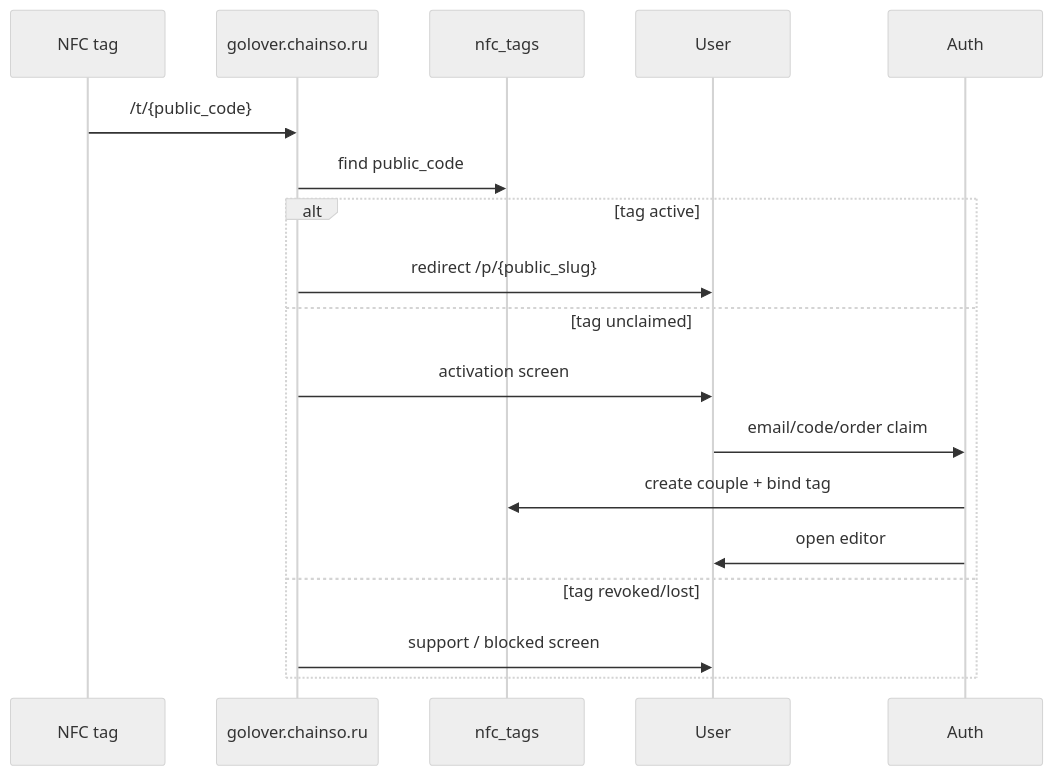
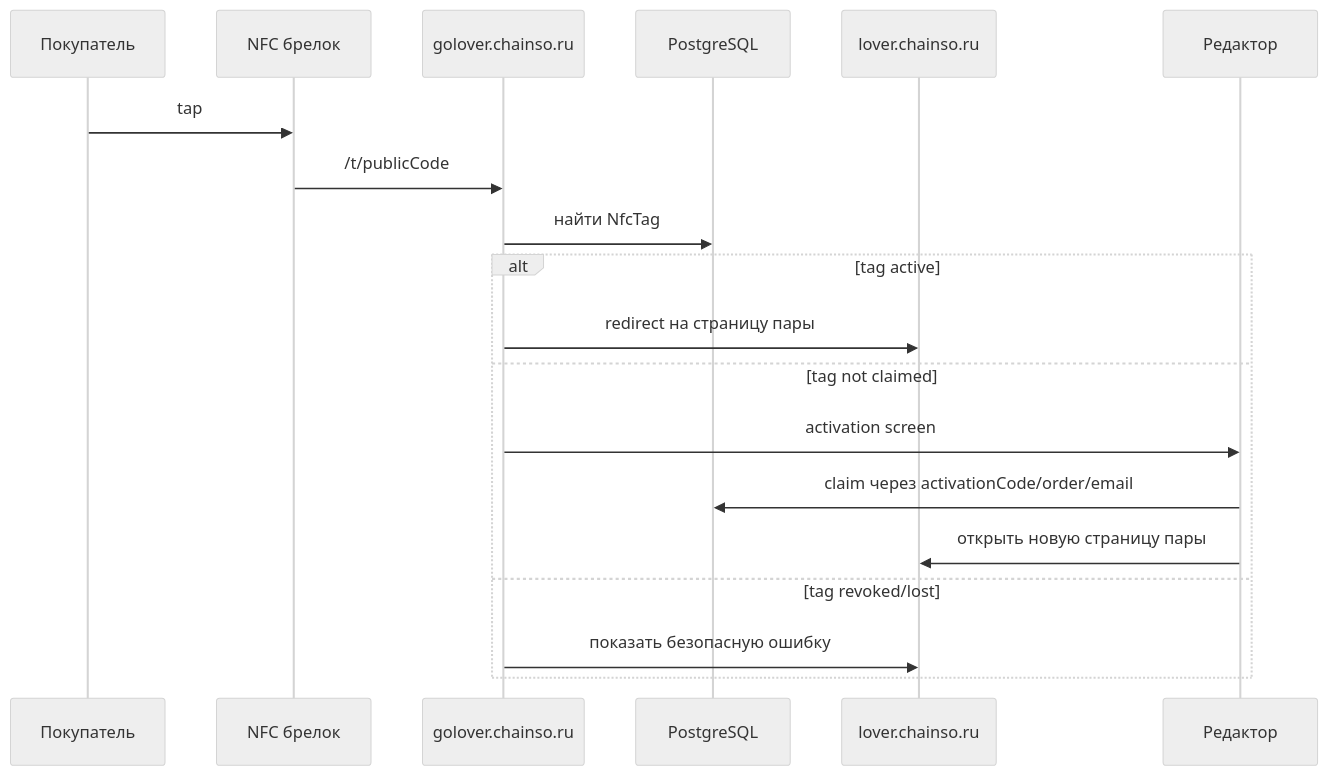
The fourth of 5 diagrams in docs/PROJECT_INFRASTRUCTURE.md (hertz143g/chainso), drawn with Mermaid (neutral theme) before and after one commit. The commit also changed other lines of this file, not shown here.

````diff
--- a/docs/PROJECT_INFRASTRUCTURE.md
+++ b/docs/PROJECT_INFRASTRUCTURE.md
@@ -453,21 +538,22 @@
 ```mermaid
 sequenceDiagram
-  participant Tag as NFC tag
+  participant Buyer as Покупатель
+  participant NFC as NFC брелок
   participant Resolver as golover.chainso.ru
-  participant DB as nfc_tags
-  participant User as User
-  participant Auth as Auth
+  participant DB as PostgreSQL
+  participant Page as lover.chainso.ru
+  participant App as Редактор
 
-  Tag->>Resolver: /t/{public_code}
-  Resolver->>DB: find public_code
+  Buyer->>NFC: tap
+  NFC->>Resolver: /t/publicCode
+  Resolver->>DB: найти NfcTag
   alt tag active
-    Resolver->>User: redirect /p/{public_slug}
-  else tag unclaimed
-    Resolver->>User: activation screen
-    User->>Auth: email/code/order claim
-    Auth->>DB: create couple + bind tag
-    Auth->>User: open editor
+    Resolver->>Page: redirect на страницу пары
+  else tag not claimed
+    Resolver->>App: activation screen
+    App->>DB: claim через activationCode/order/email
+    App->>Page: открыть новую страницу пары
   else tag revoked/lost
-    Resolver->>User: support / blocked screen
+    Resolver->>Page: показать безопасную ошибку
   end
 ```
````
